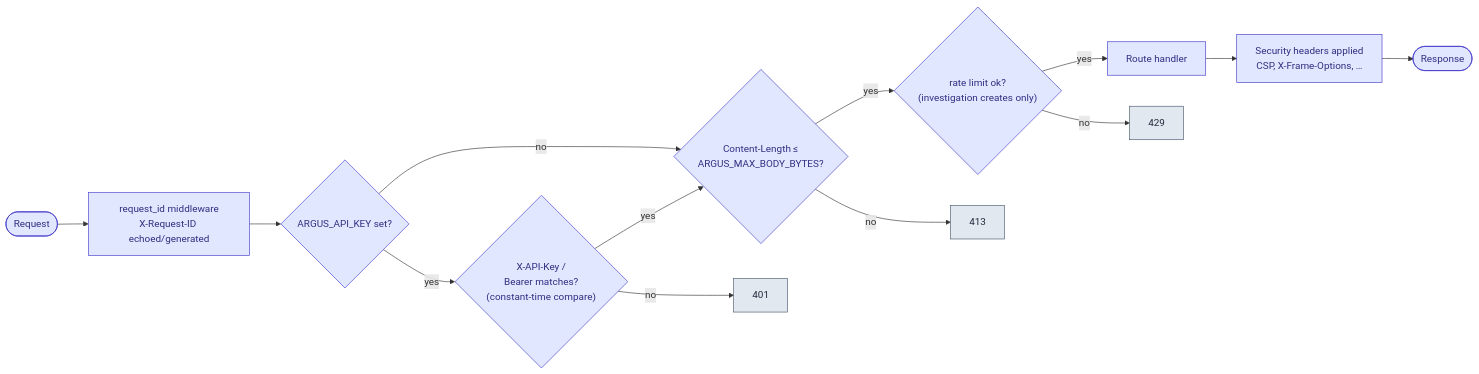
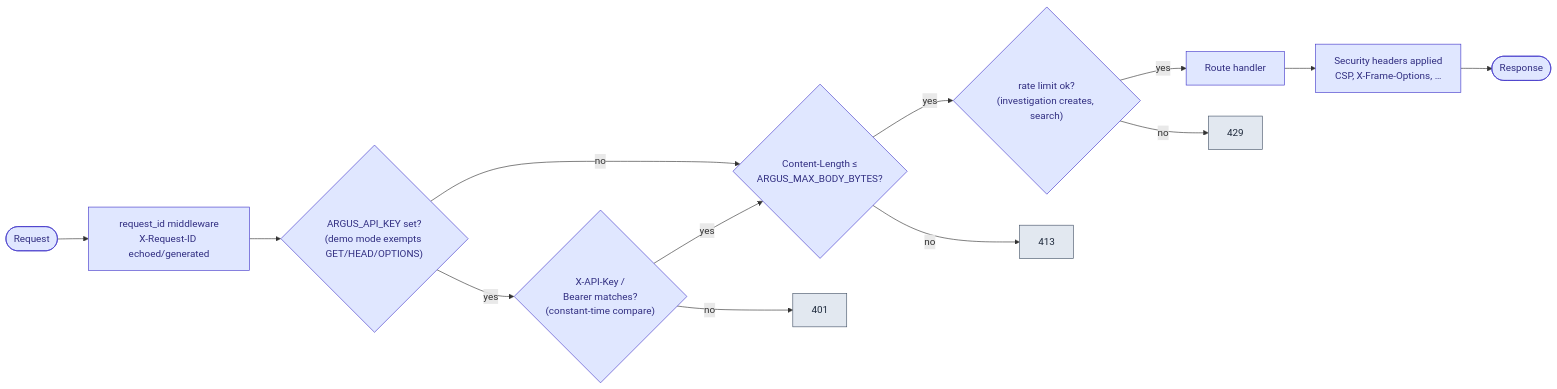
Before and after one commit to Sri-Krishna-V/argus: the sixth of 6 diagrams in docs/ARCHITECTURE.md, drawn with Mermaid. The commit also changed other lines of this file and 49 other files, not shown here.

First line of the commit message:
feat: public landing page + demo mode

````diff
--- a/docs/ARCHITECTURE.md
+++ b/docs/ARCHITECTURE.md
@@ -274,28 +277,28 @@
 ```mermaid
 flowchart LR
     req(["Request"]):::apiui
     rid["request_id middleware\nX-Request-ID echoed/generated"]:::apiui
-    auth{"ARGUS_API_KEY set?"}:::apiui
+    auth{"ARGUS_API_KEY set?\n(demo mode exempts GET/HEAD/OPTIONS)"}:::apiui
     key{"X-API-Key /\nBearer matches?\n(constant-time compare)"}:::apiui
     size{"Content-Length ≤\nARGUS_MAX_BODY_BYTES?"}:::apiui
-    rate{"rate limit ok?\n(investigation creates only)"}:::apiui
+    rate{"rate limit ok?\n(investigation creates, search)"}:::apiui
     handler["Route handler"]:::apiui
     headers["Security headers applied\nCSP, X-Frame-Options, …"]:::apiui
     resp(["Response"]):::apiui
     reject401["401"]:::core
     reject413["413"]:::core
     reject429["429"]:::core
 
     req --> rid --> auth
     auth -->|no| size
     auth -->|yes| key
     key -->|no| reject401
     key -->|yes| size
     size -->|no| reject413
     size -->|yes| rate
     rate -->|no| reject429
     rate -->|yes| handler --> headers --> resp
 
     classDef apiui fill:#e0e7ff,stroke:#4338ca,color:#312e81;
     classDef core fill:#e2e8f0,stroke:#475569,color:#1e293b;
 ```
````
